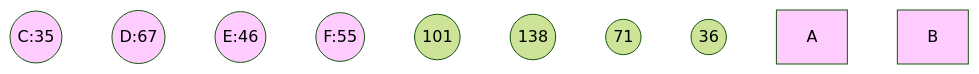
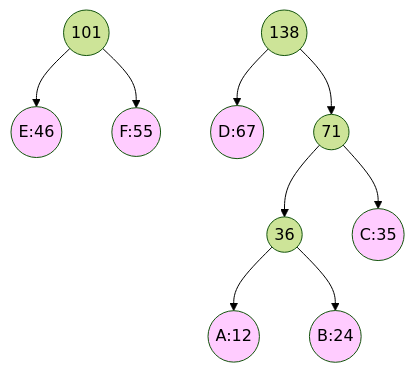
The fifth of 7 diagrams in _posts/DataStructures/Tree/BinaryTree/2020-01-16-哈夫曼树.md (dmjcb/dmjcb.github.io), drawn with Mermaid (forest theme) before and after one commit. The commit also changed other lines of this file and 122 other files, not shown here.

Commit message:
修复图形显示BUG

````diff
--- a/_posts/DataStructures/Tree/BinaryTree/2020-01-16-哈夫曼树.md
+++ b/_posts/DataStructures/Tree/BinaryTree/2020-01-16-哈夫曼树.md
@@ -114,23 +126,31 @@
 ```mermaid
 graph TB
     C((C:35))
     D((D:67))
     E((E:46))
     F((F:55))
 
     Z((101))
+    Z --> E
+    Z --> F
 
     W((138))
+    W --> D
+    W --> Y
 
     Y((71))
     X((36)) 
 
+    Y --> X
+    Y --> C((C:35))
+    X --> A((A:12))
+    X --> B((B:24))
 
     A:::Style
     B:::Style
     C:::Style
     D:::Style
     E:::Style
     F:::Style
     classDef Style fill:#FFCCFF
 ```
````
